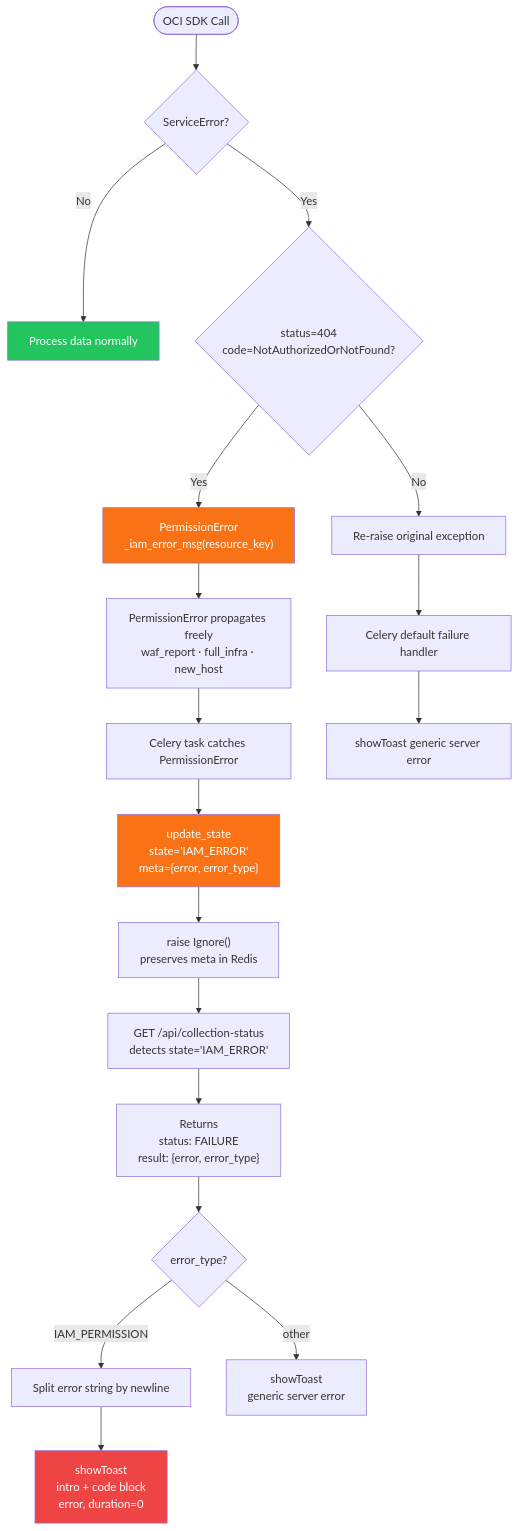
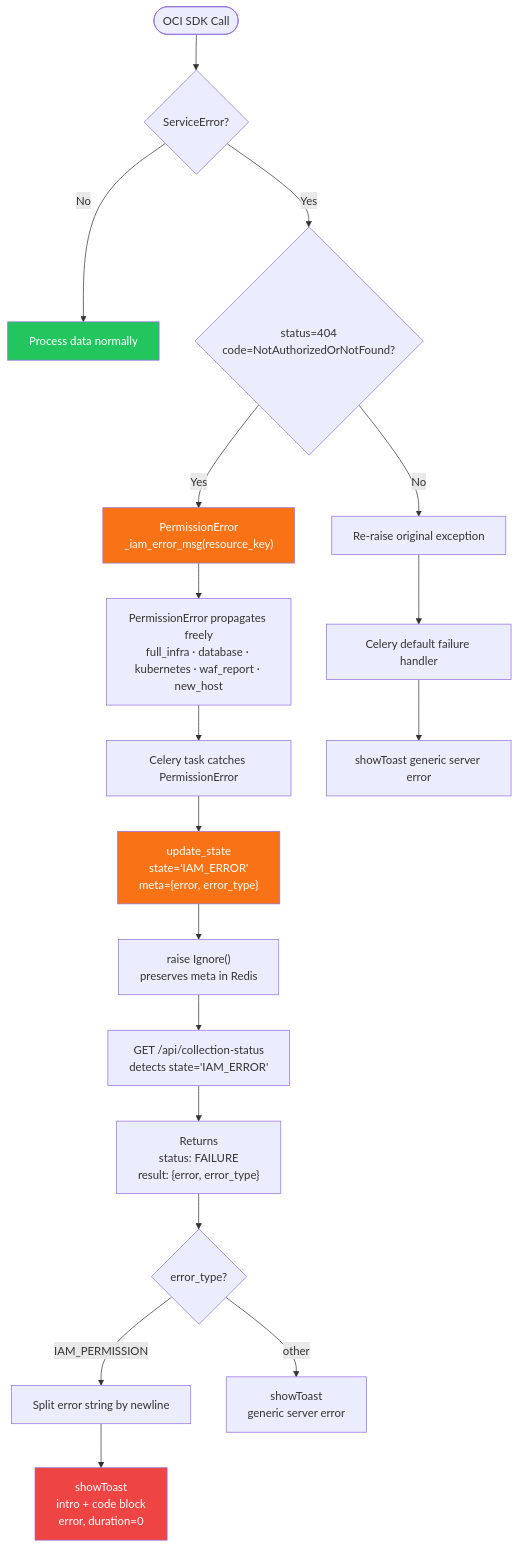
Before and after one commit to Pedr0Teixeira/oci-docgen: the ninth of 9 diagrams in README.md, drawn with Mermaid. The commit also changed other lines of this file and 6 other files, not shown here.

````diff
--- a/README.md
+++ b/README.md
@@ -1305,34 +1317,34 @@
 ```mermaid
 flowchart TD
     A([OCI SDK Call]) --> B{ServiceError?}
 
     B -- "No" --> C[Process data normally]
     B -- "Yes" --> D{"status=404<br/>code=NotAuthorizedOrNotFound?"}
 
     D -- "No" --> E[Re-raise original exception]
     D -- "Yes" --> F["PermissionError<br/>_iam_error_msg(resource_key)"]
 
-    F --> H["PermissionError propagates freely<br/>waf_report · full_infra · new_host"]
+    F --> H["PermissionError propagates freely<br/>full_infra · database · kubernetes · waf_report · new_host"]
 
     H --> K["Celery task catches PermissionError"]
     K --> L["update_state<br/>state='IAM_ERROR'<br/>meta={error, error_type}"]
     L --> M["raise Ignore()<br/>preserves meta in Redis"]
 
     M --> N["GET /api/collection-status<br/>detects state='IAM_ERROR'"]
     N --> O["Returns<br/>status: FAILURE<br/>result: {error, error_type}"]
 
     O --> P{error_type?}
 
     P -- "IAM_PERMISSION" --> Q["Split error string by newline"]
     Q --> R["showToast<br/>intro + code block<br/>error, duration=0"]
 
     P -- "other" --> S["showToast<br/>generic server error"]
 
     E --> T["Celery default failure handler"]
     T --> U["showToast generic server error"]
 
     style F fill:#f97316,color:#fff
     style L fill:#f97316,color:#fff
     style R fill:#ef4444,color:#fff
     style C fill:#22c55e,color:#fff
 ```
````
